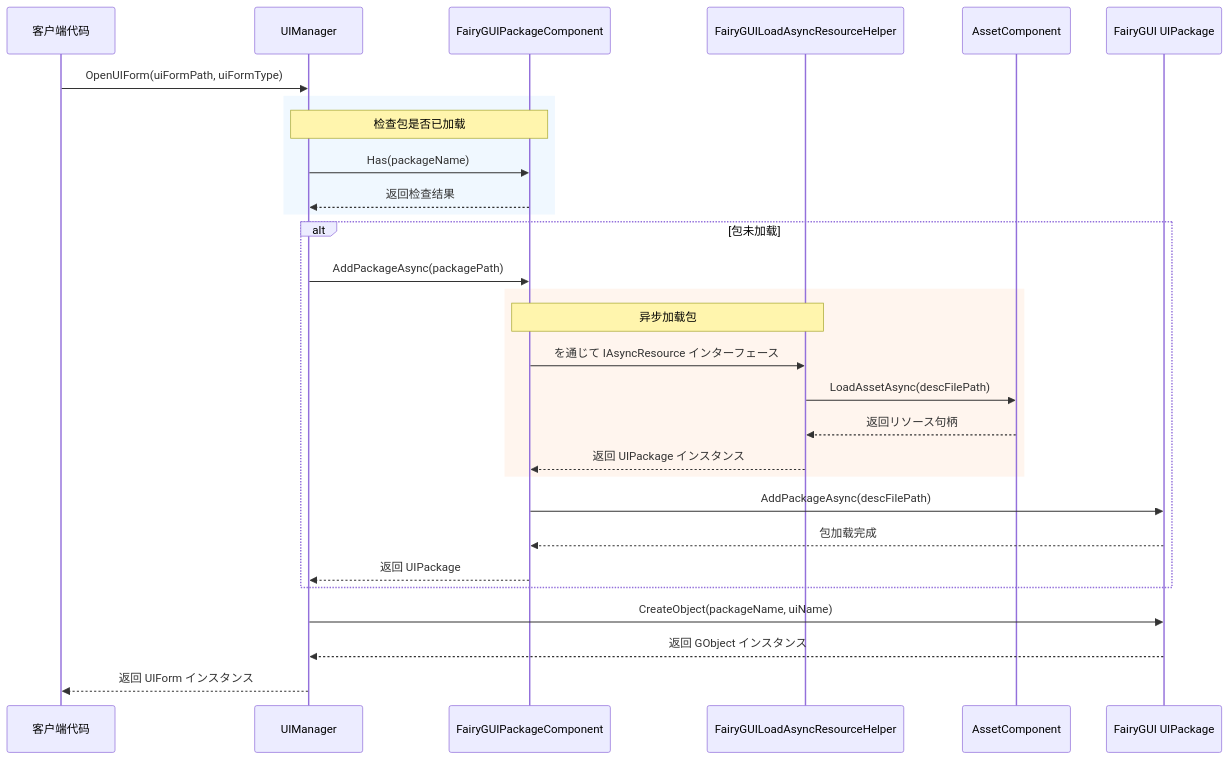
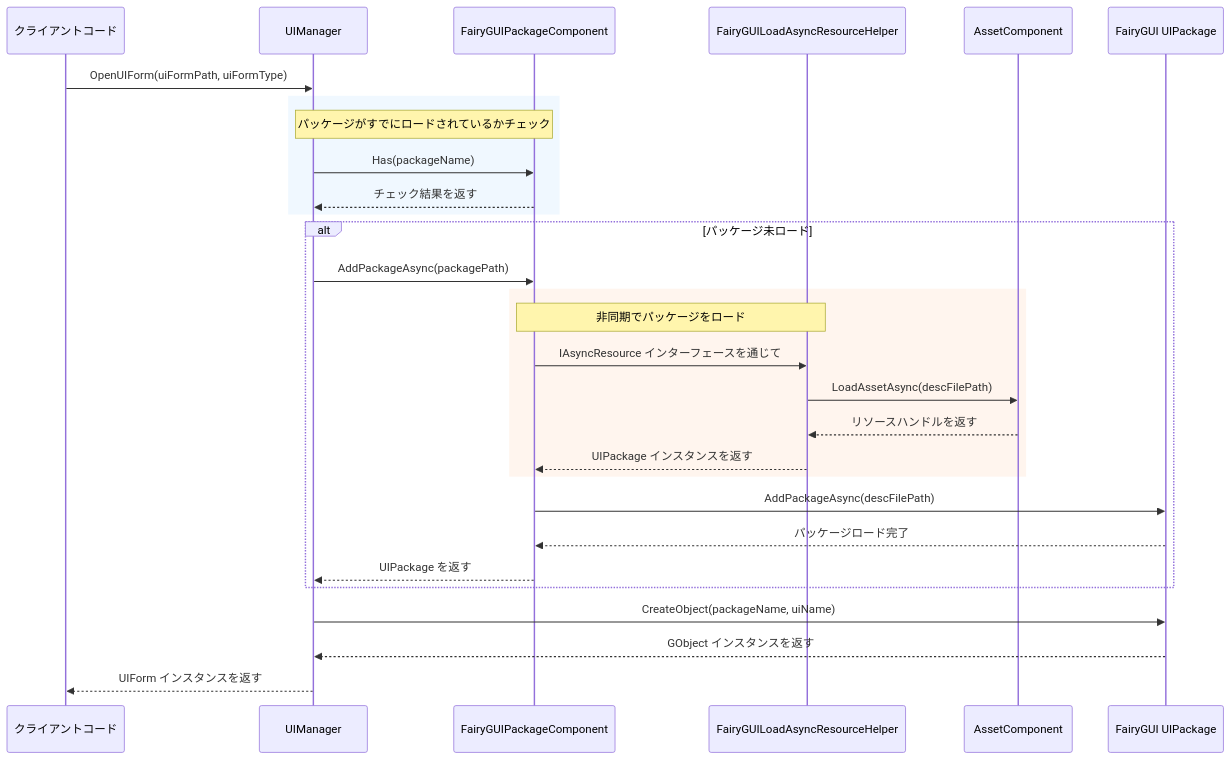
One commit to AlianBlank/GameFrameX.Docs changed the second of 2 diagrams in docs/ja/client/unity/component/ui-fairygui/09.package-manager.md. Above: the diagram before and after it, drawn with Mermaid. The commit also changed other lines of this file and 320 other files, not shown here.

````diff
--- a/docs/ja/client/unity/component/ui-fairygui/09.package-manager.md
+++ b/docs/ja/client/unity/component/ui-fairygui/09.package-manager.md
@@ -146,37 +146,37 @@
 ```mermaid
 sequenceDiagram
-    participant Client as 客户端代码
+    participant Client as クライアントコード
     participant UM as UIManager
     participant PC as FairyGUIPackageComponent
     participant RH as FairyGUILoadAsyncResourceHelper
     participant AC as AssetComponent
     participant FGUI as FairyGUI UIPackage
 
     Client->>UM: OpenUIForm(uiFormPath, uiFormType)
-    
+
     rect rgb(240, 248, 255)
-        Note over UM, PC: 检查包是否已加载
+        Note over UM, PC: パッケージがすでにロードされているかチェック
         UM->>PC: Has(packageName)
-        PC-->>UM: 返回检查结果
+        PC-->>UM: チェック結果を返す
     end
-    
-    alt 包未加载
+
+    alt パッケージ未ロード
         UM->>PC: AddPackageAsync(packagePath)
-        
+
         rect rgb(255, 245, 238)
-            Note over PC, RH: 异步加载包
-            PC->>RH: を通じて IAsyncResource インターフェース
+            Note over PC, RH: 非同期でパッケージをロード
+            PC->>RH: IAsyncResource インターフェースを通じて
             RH->>AC: LoadAssetAsync(descFilePath)
-            AC-->>RH: 返回リソース句柄
-            RH-->>PC: 返回 UIPackage インスタンス
+            AC-->>RH: リソースハンドルを返す
+            RH-->>PC: UIPackage インスタンスを返す
         end
-        
+
         PC->>FGUI: AddPackageAsync(descFilePath)
-        FGUI-->>PC: 包加载完成
-        PC-->>UM: 返回 UIPackage
+        FGUI-->>PC: パッケージロード完了
+        PC-->>UM: UIPackage を返す
     end
-    
+
     UM->>FGUI: CreateObject(packageName, uiName)
-    FGUI-->>UM: 返回 GObject インスタンス
-    UM-->>Client: 返回 UIForm インスタンス
+    FGUI-->>UM: GObject インスタンスを返す
+    UM-->>Client: UIForm インスタンスを返す
 ```
````
